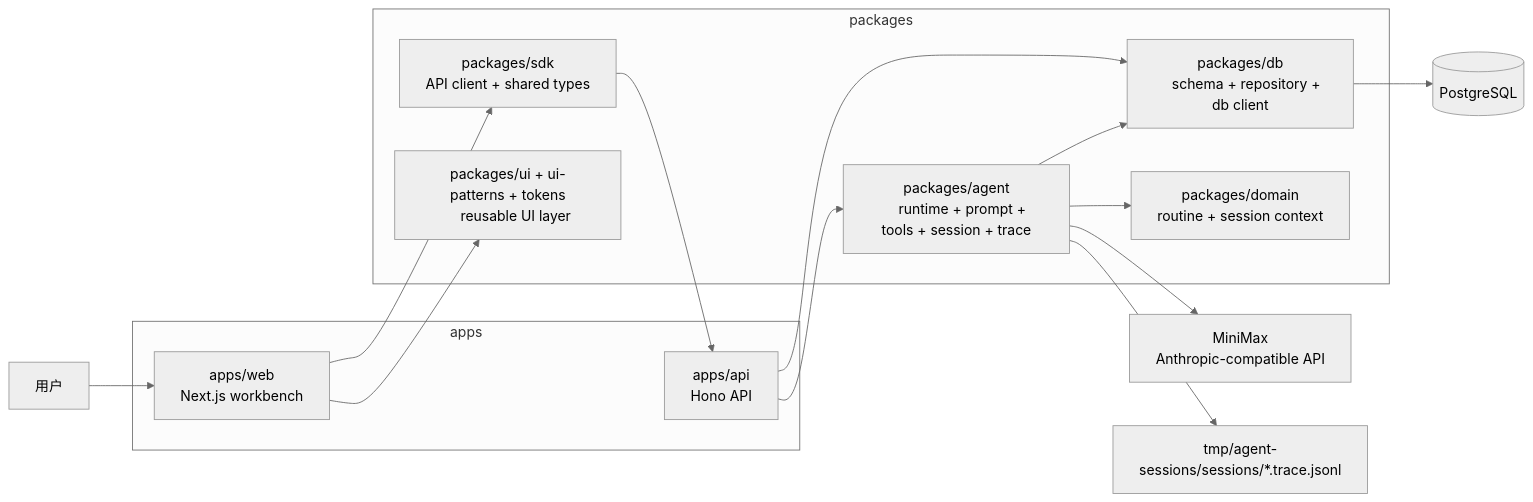
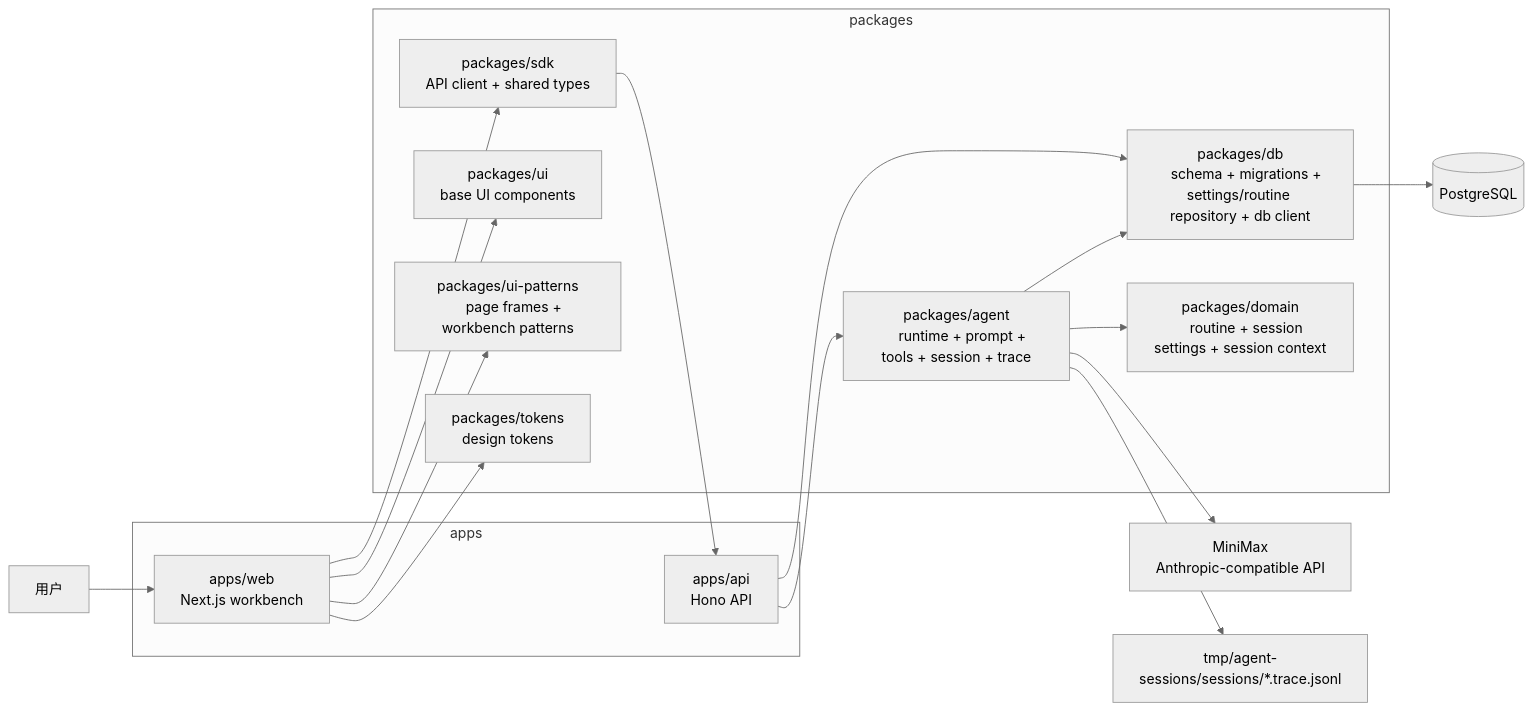
Before and after one commit to pswd123456/my-agent-proj: the first of 2 diagrams in docs/architecture/diagram.md, drawn with Mermaid (neutral theme). The commit also changed other lines of this file and 59 other files, not shown here.

````diff
--- a/docs/architecture/diagram.md
+++ b/docs/architecture/diagram.md
@@ -7,41 +7,47 @@
 ```mermaid
 flowchart LR
   user["用户"]
 
   subgraph apps["apps"]
     web["apps/web
     Next.js workbench"]
     api["apps/api
     Hono API"]
   end
 
   subgraph packages["packages"]
     sdk["packages/sdk
     API client + shared types"]
     agent["packages/agent
     runtime + prompt + tools + session + trace"]
     db["packages/db
-    schema + repository + db client"]
+    schema + migrations + settings/routine repository + db client"]
     domain["packages/domain
-    routine + session context"]
-    ui["packages/ui + ui-patterns + tokens
-    reusable UI layer"]
+    routine + session settings + session context"]
+    ui["packages/ui
+    base UI components"]
+    patterns["packages/ui-patterns
+    page frames + workbench patterns"]
+    tokens["packages/tokens
+    design tokens"]
   end
 
   postgres[("PostgreSQL")]
   minimax["MiniMax
   Anthropic-compatible API"]
   trace["tmp/agent-sessions/sessions/*.trace.jsonl"]
 
   user --> web
   web --> ui
+  web --> patterns
+  web --> tokens
   web --> sdk
   sdk --> api
   api --> agent
   api --> db
   agent --> domain
   agent --> db
   db --> postgres
   agent --> minimax
   agent --> trace
 ```
````
